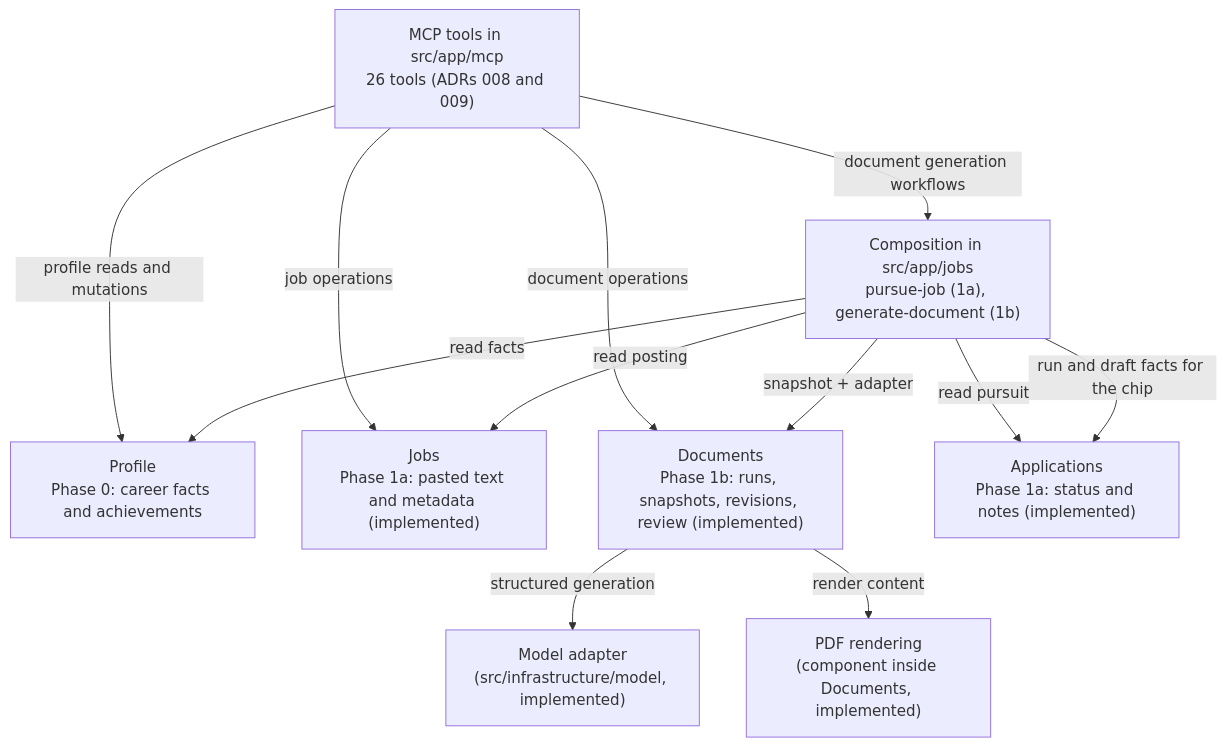
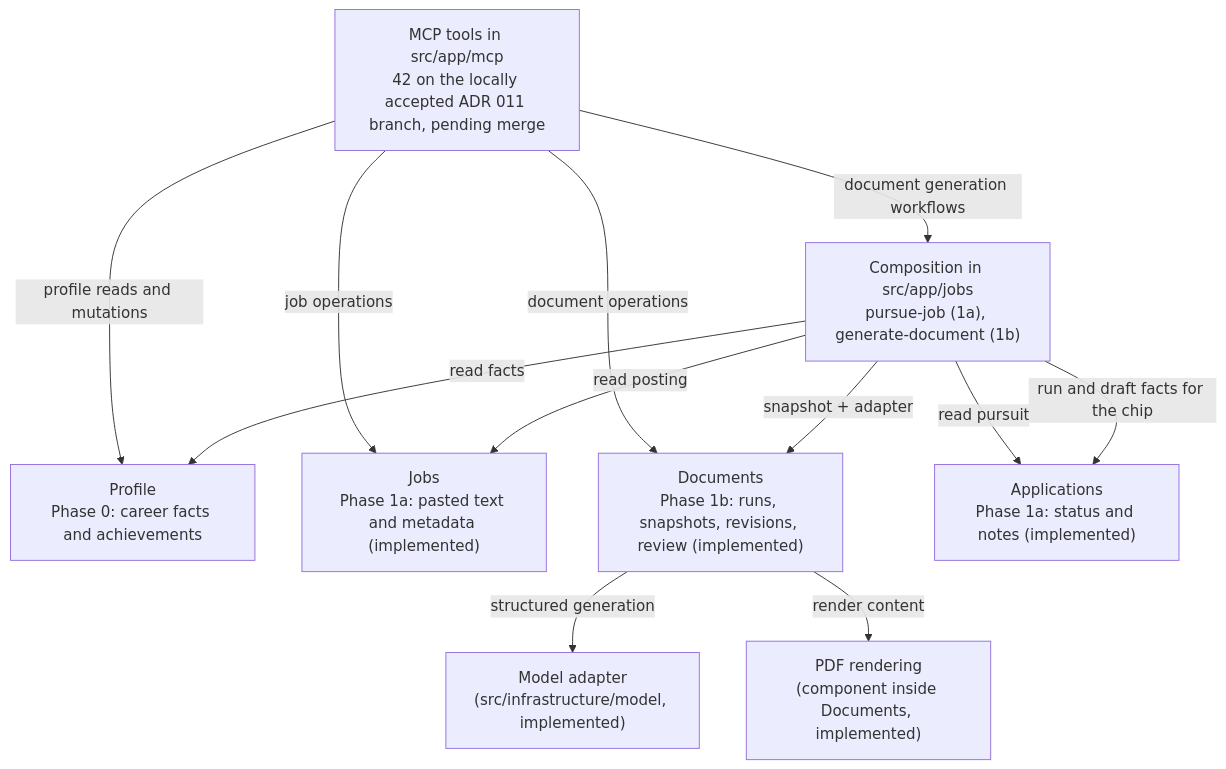
The second of 2 diagrams in docs/03-system-and-modules.md (3333444n/landed), drawn with Mermaid before and after one commit. The commit also changed other lines of this file and 74 other files, not shown here.

````diff
--- a/docs/03-system-and-modules.md
+++ b/docs/03-system-and-modules.md
@@ -39,22 +39,22 @@
 ```mermaid
 flowchart TB
   model["Model adapter<br/>(src/infrastructure/model, implemented)"]
   pdf["PDF rendering<br/>(component inside Documents, implemented)"]
   profile["Profile<br/>Phase 0: career facts and achievements"]
   jobs["Jobs<br/>Phase 1a: pasted text and metadata (implemented)"]
   documents["Documents<br/>Phase 1b: runs, snapshots, revisions, review (implemented)"]
   applications["Applications<br/>Phase 1a: status and notes (implemented)"]
   compose["Composition in src/app/jobs<br/>pursue-job (1a), generate-document (1b)"]
-  mcp["MCP tools in src/app/mcp<br/>26 tools (ADRs 008 and 009)"]
+  mcp["MCP tools in src/app/mcp<br/>42 on the locally accepted ADR 011 branch, pending merge"]
   mcp -->|"profile reads and mutations"| profile
   mcp -->|"document generation workflows"| compose
   mcp -->|"job operations"| jobs
   mcp -->|"document operations"| documents
   compose -->|"read facts"| profile
   compose -->|"read posting"| jobs
   compose -->|"read pursuit"| applications
   compose -->|"snapshot + adapter"| documents
   documents -->|"structured generation"| model
   documents -->|"render content"| pdf
   compose -->|"run and draft facts for the chip"| applications
 ```
````
